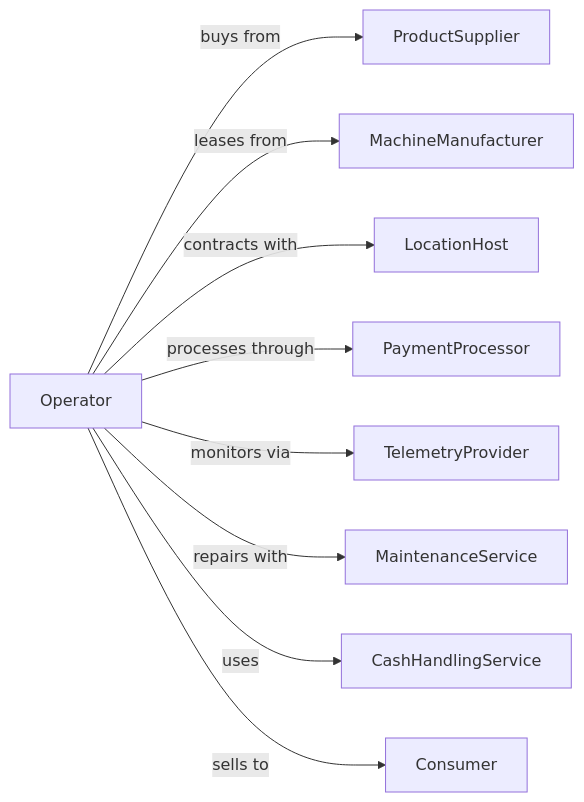
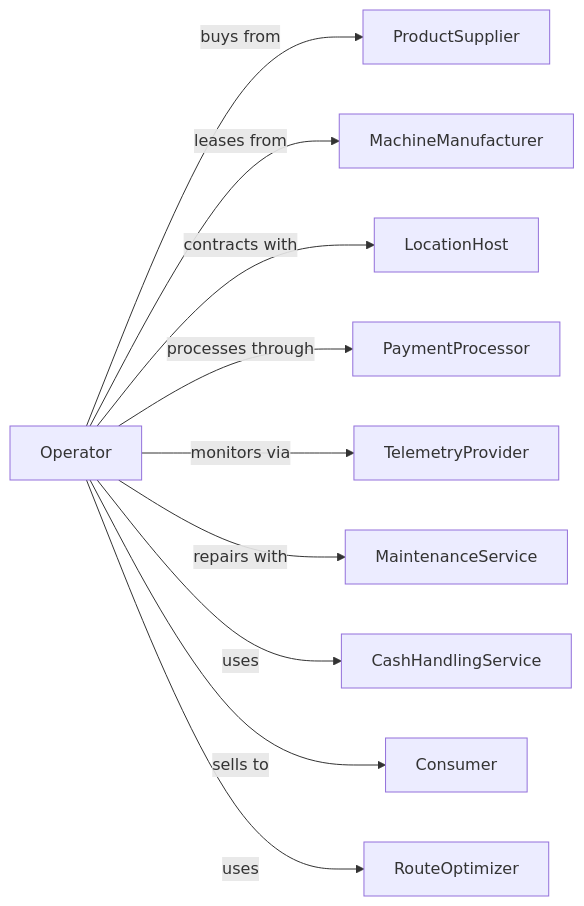
Before and after one commit to dot-org-ai/industries.org.ai: the second of 2 diagrams in RetailTrade/FoodAndBeverageRetailers/GroceryAndConvenienceRetailers/VendingMachineOperators.mdx, drawn with Mermaid. The commit also changed other lines of this file and 588 other files, not shown here.

````diff
--- a/RetailTrade/FoodAndBeverageRetailers/GroceryAndConvenienceRetailers/VendingMachineOperators.mdx
+++ b/RetailTrade/FoodAndBeverageRetailers/GroceryAndConvenienceRetailers/VendingMachineOperators.mdx
@@ -129,13 +129,14 @@
 ```mermaid
 graph LR
     O[Operator]
 
     O -->|buys from| ProductSupplier
     O -->|leases from| MachineManufacturer
     O -->|contracts with| LocationHost
     O -->|processes through| PaymentProcessor
     O -->|monitors via| TelemetryProvider
     O -->|repairs with| MaintenanceService
     O -->|uses| CashHandlingService
     O -->|sells to| Consumer
+    O -->|uses| RouteOptimizer
 ```
````
